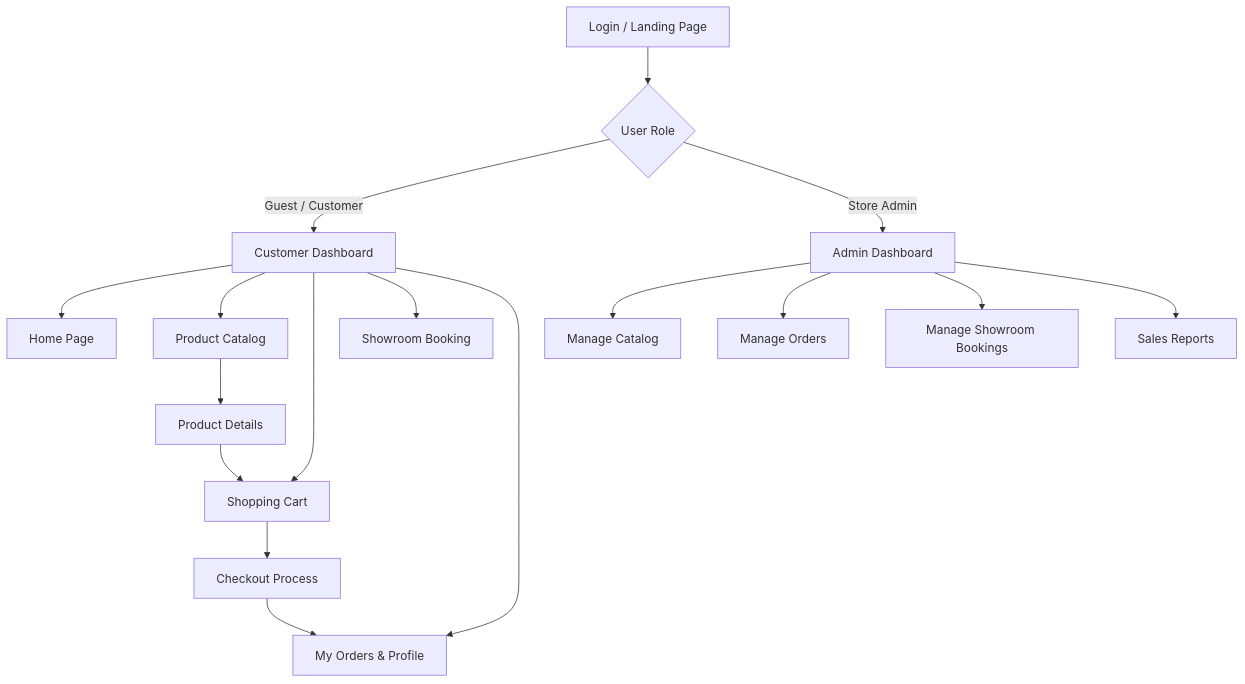
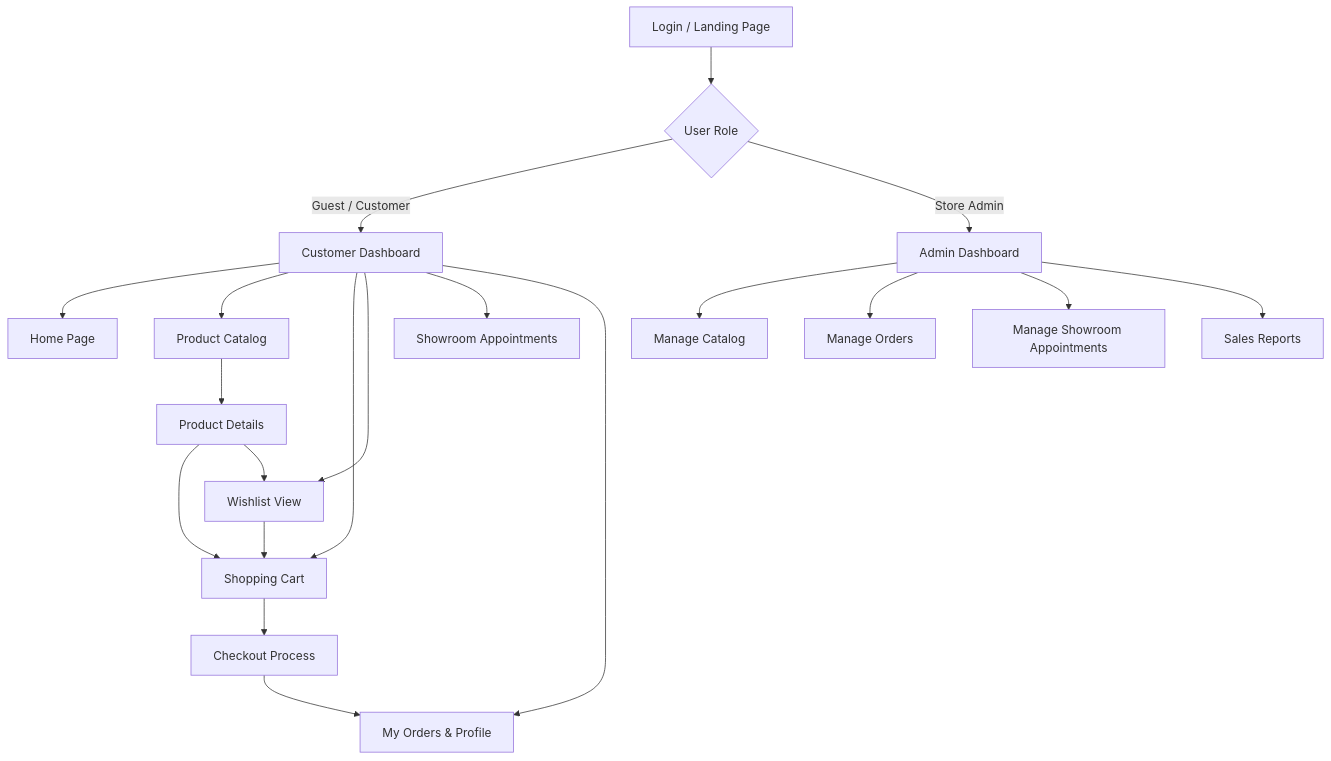
One commit to hananabedalkareemabololy/RuqiStore-Documentation changed the diagram in Final Project Sample/11-ui-ux-design.md. Above: the diagram before and after it, drawn with Mermaid. The commit also changed other lines of this file, not shown here.

````diff
--- a/Final Project Sample/11-ui-ux-design.md
+++ b/Final Project Sample/11-ui-ux-design.md
@@ -19,25 +18,28 @@
 ```mermaid
 graph TD
 
     Login[Login / Landing Page] --> RoleCheck{User Role}
 
     RoleCheck -->|Guest / Customer| CD[Customer Dashboard]
     RoleCheck -->|Store Admin| AD[Admin Dashboard]
 
     CD --> HP[Home Page]
     CD --> PL[Product Catalog]
     CD --> SC[Shopping Cart]
-    CD --> SB[Showroom Booking]
+    CD --> WL[Wishlist View]
+    CD --> SA[Showroom Appointments]
     CD --> OP[My Orders & Profile]
 
     PL --> PD[Product Details]
     PD --> SC
+    PD --> WL
 
+    WL --> SC
     SC --> CO[Checkout Process]
     CO --> OP
 
     AD --> PM[Manage Catalog]
     AD --> OM[Manage Orders]
-    AD --> BM[Manage Showroom Bookings]
+    AD --> AM[Manage Showroom Appointments]
     AD --> AR[Sales Reports]
 ```
````
